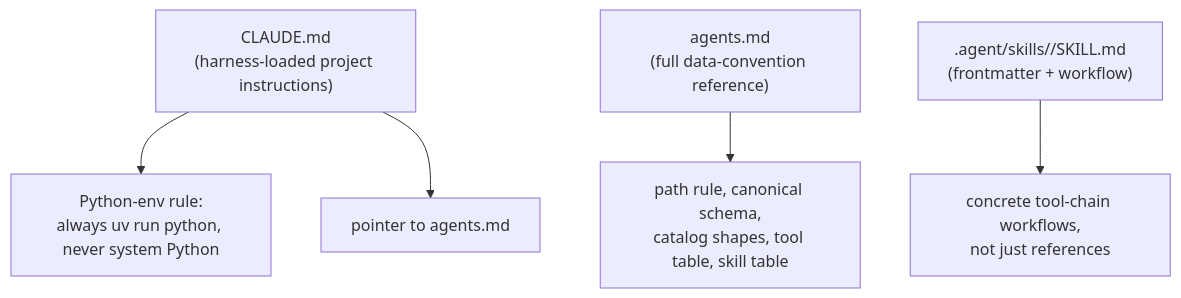
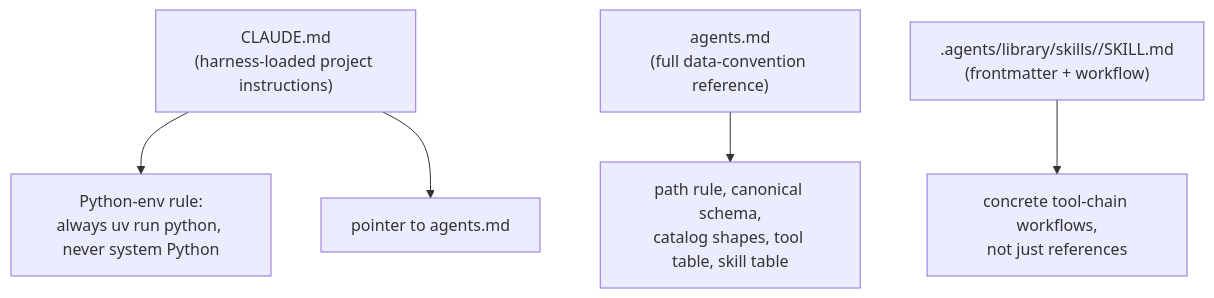
One commit to petarkabashki/ai-data-manager changed the diagram in docs/agentic-usage.md. Above: the diagram before and after it, drawn with Mermaid. The commit also changed other lines of this file and 14 other files, not shown here.

First line of the commit message:
agents: crypto-download moves to the project layer (.agents/library/skills)

````diff
--- a/docs/agentic-usage.md
+++ b/docs/agentic-usage.md
@@ -9,7 +9,7 @@
 ```mermaid
 flowchart TD
     CM["CLAUDE.md\n(harness-loaded project instructions)"] --> Env["Python-env rule:\nalways uv run python, never system Python"]
     CM --> Ptr["pointer to agents.md"]
     AM["agents.md\n(full data-convention reference)"] --> Rules["path rule, canonical schema,\ncatalog shapes, tool table, skill table"]
-    Skill[".agent/skills/<name>/SKILL.md\n(frontmatter + workflow)"] --> Wf["concrete tool-chain workflows,\nnot just references"]
+    Skill[".agents/library/skills/<name>/SKILL.md\n(frontmatter + workflow)"] --> Wf["concrete tool-chain workflows,\nnot just references"]
 ```
````
